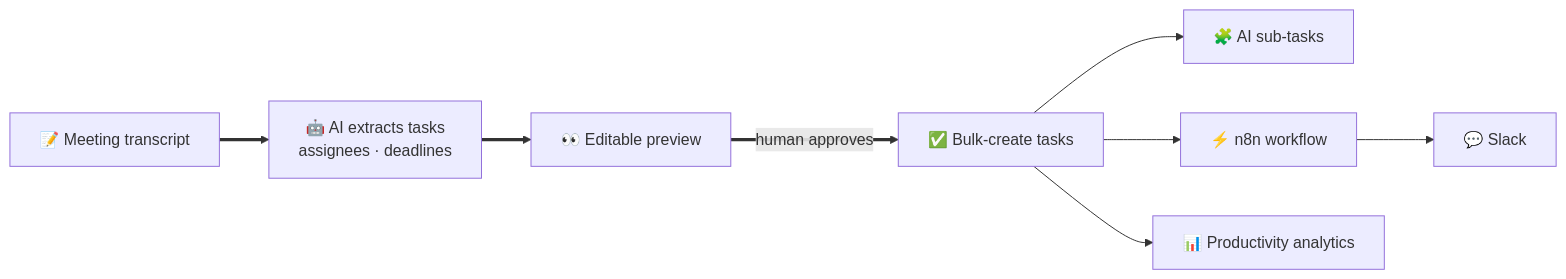
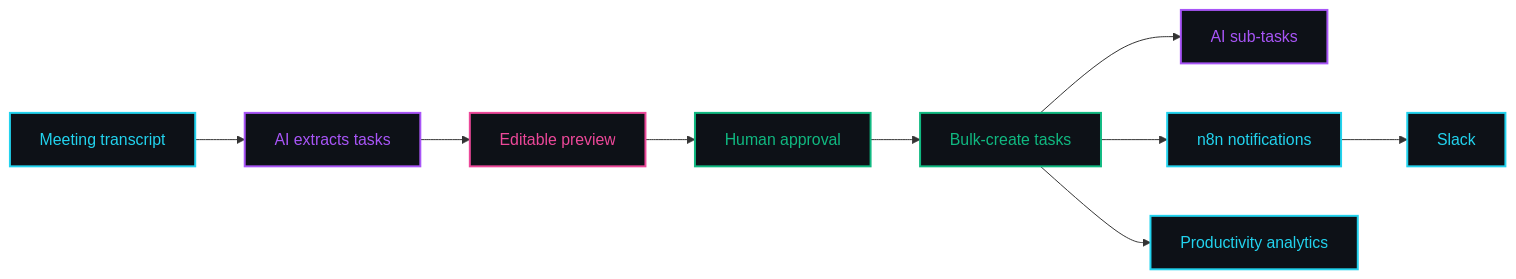
One commit to bttu2002/bttu2002 changed the diagram in README.md. Above: the diagram before and after it, drawn with Mermaid. The commit also changed other lines of this file, not shown here.

````diff
--- a/README.md
+++ b/README.md
@@ -169,10 +154,22 @@
 ```mermaid
 flowchart LR
-    A["📝 Meeting transcript"] ==> B["🤖 AI extracts tasks<br/>assignees · deadlines"]
-    B ==> C["👀 Editable preview"]
-    C ==>|"human approves"| D["✅ Bulk-create tasks"]
-    D --> E["🧩 AI sub-tasks"]
-    D --> F["⚡ n8n workflow"]
-    F --> G["💬 Slack"]
-    D --> H["📊 Productivity analytics"]
+    A["Meeting transcript"] --> B["AI extracts tasks"]
+    B --> C["Editable preview"]
+    C --> D["Human approval"]
+    D --> E["Bulk-create tasks"]
+    E --> F["AI sub-tasks"]
+    E --> G["n8n notifications"]
+    G --> H["Slack"]
+    E --> I["Productivity analytics"]
+
+    classDef cyan fill:#0D1117,stroke:#22D3EE,stroke-width:2px,color:#22D3EE
+    classDef violet fill:#0D1117,stroke:#A855F7,stroke-width:2px,color:#A855F7
+    classDef pink fill:#0D1117,stroke:#EC4899,stroke-width:2px,color:#EC4899
+    classDef green fill:#0D1117,stroke:#10B981,stroke-width:2px,color:#10B981
+
+    class A cyan
+    class B,F violet
+    class C pink
+    class D,E green
+    class G,H,I cyan
 ```
````
